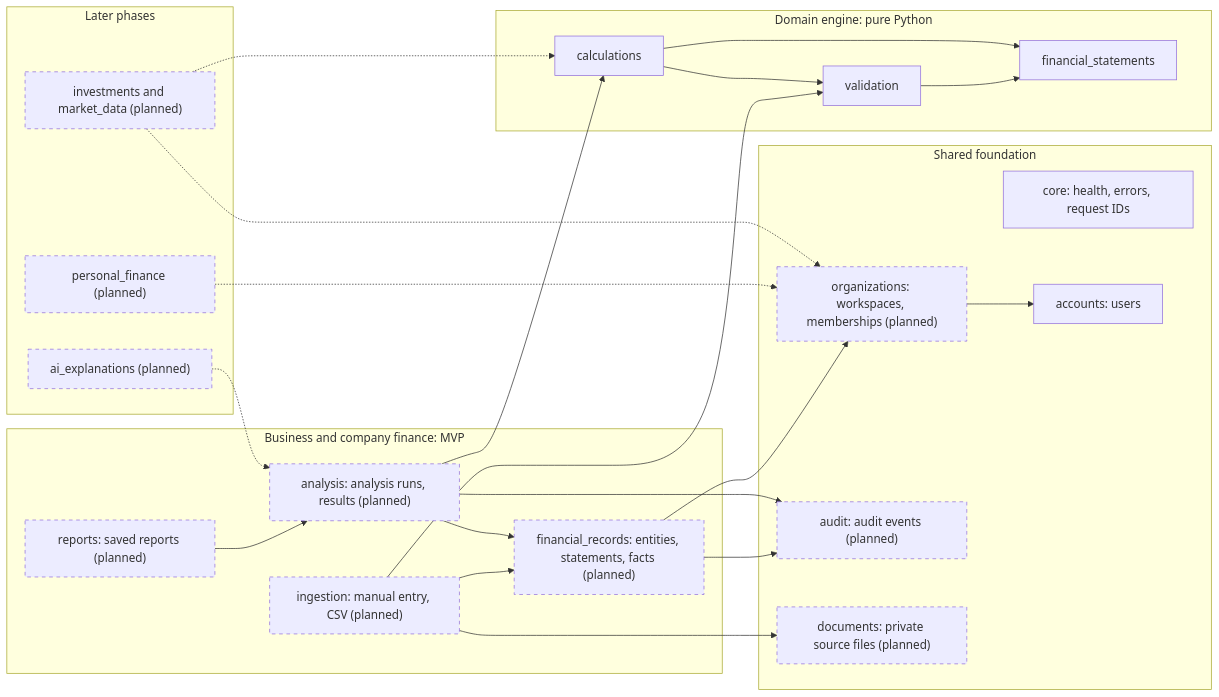
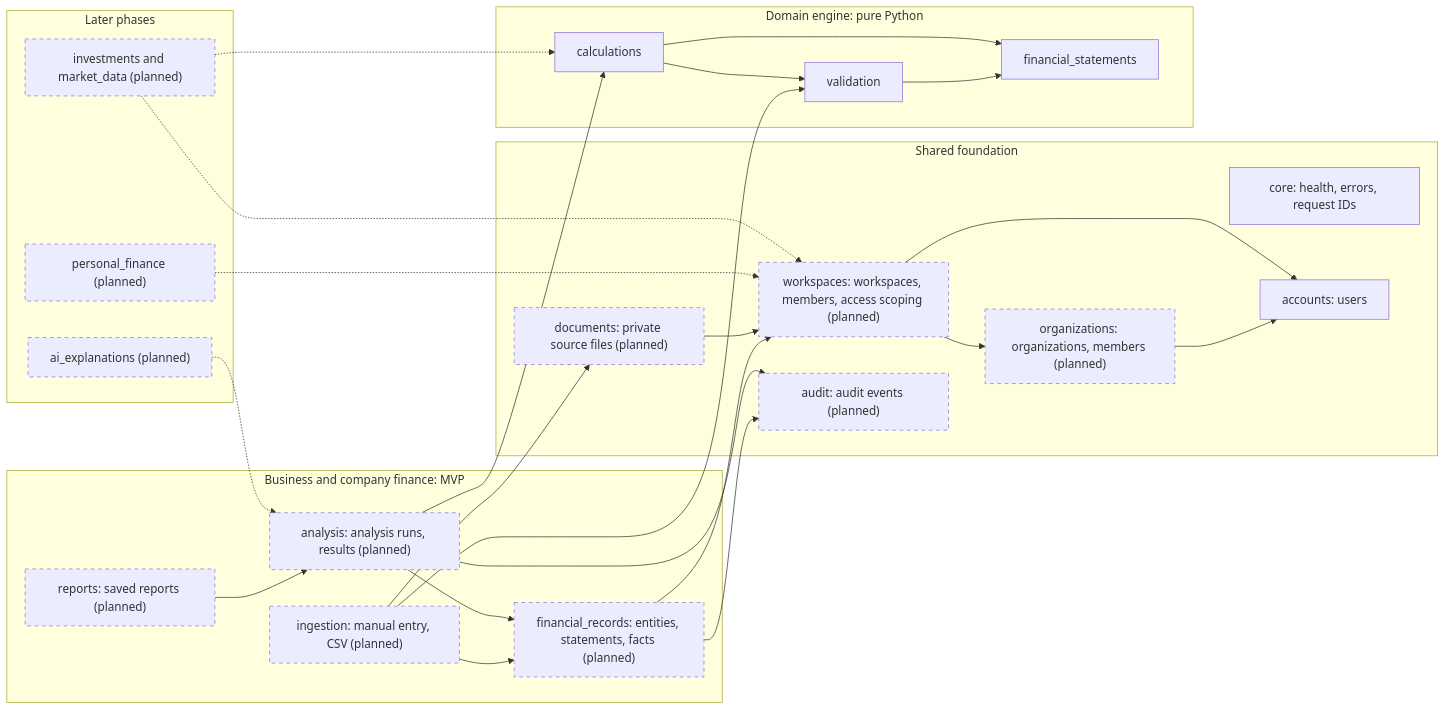
One commit to Kiritiaajd/Finlume changed the diagram in docs/architecture/DOMAIN_BOUNDARIES.md. Above: the diagram before and after it, drawn with Mermaid. The commit also changed other lines of this file and 11 other files, not shown here.

````diff
--- a/docs/architecture/DOMAIN_BOUNDARIES.md
+++ b/docs/architecture/DOMAIN_BOUNDARIES.md
@@ -46,50 +46,54 @@
 ```mermaid
 flowchart LR
     subgraph shared["Shared foundation"]
         core["core: health, errors, request IDs"]
         accounts["accounts: users"]
-        orgs["organizations: workspaces, memberships (planned)"]
+        orgs["organizations: organizations, members (planned)"]
+        workspaces["workspaces: workspaces, members, access scoping (planned)"]
         audit["audit: audit events (planned)"]
         documents["documents: private source files (planned)"]
     end
 
     subgraph business["Business and company finance: MVP"]
         records["financial_records: entities, statements, facts (planned)"]
         ingestion["ingestion: manual entry, CSV (planned)"]
         analysis["analysis: analysis runs, results (planned)"]
         reports["reports: saved reports (planned)"]
     end
 
     subgraph future["Later phases"]
         personal["personal_finance (planned)"]
         investments["investments and market_data (planned)"]
         ai["ai_explanations (planned)"]
     end
 
     subgraph engine["Domain engine: pure Python"]
         fs["financial_statements"]
         validation["validation"]
         calculations["calculations"]
     end
 
     orgs --> accounts
-    records --> orgs
+    workspaces --> orgs
+    workspaces --> accounts
+    records --> workspaces
+    documents --> workspaces
     ingestion --> records
     ingestion --> documents
     ingestion --> validation
     analysis --> records
     analysis --> calculations
     reports --> analysis
     records --> audit
     analysis --> audit
     validation --> fs
     calculations --> validation
     calculations --> fs
-    personal -.-> orgs
-    investments -.-> orgs
+    personal -.-> workspaces
+    investments -.-> workspaces
     investments -.-> calculations
     ai -.-> analysis
 
     classDef planned stroke-dasharray: 5 5
-    class orgs,audit,documents,records,ingestion,analysis,reports,personal,investments,ai planned
+    class orgs,workspaces,audit,documents,records,ingestion,analysis,reports,personal,investments,ai planned
 ```
````
